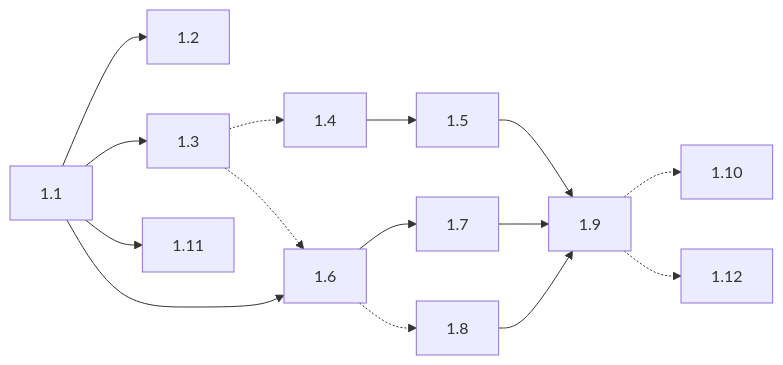
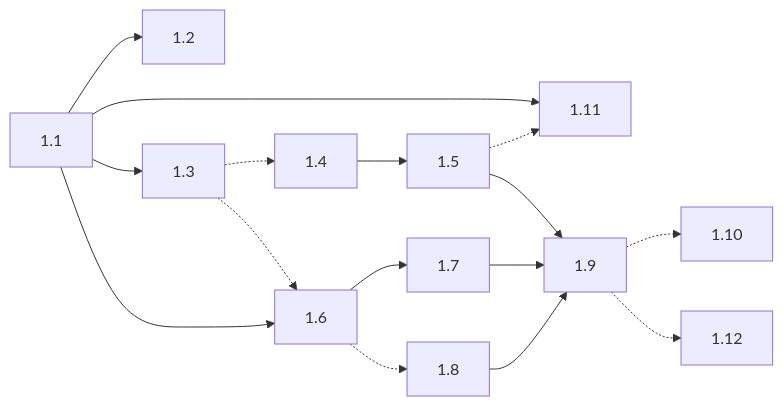
Before and after one commit to AndyGuerin-IBM/fabric-ansible-collection: the diagram in plan/move-ingress/MIGRATION-STEP-1-SUBSTEP-MERGE-CONFLICTS-RISK-ANALYSIS.md, drawn with Mermaid. The commit also changed other lines of this file and 5 other files, not shown here.

````diff
--- a/plan/move-ingress/MIGRATION-STEP-1-SUBSTEP-MERGE-CONFLICTS-RISK-ANALYSIS.md
+++ b/plan/move-ingress/MIGRATION-STEP-1-SUBSTEP-MERGE-CONFLICTS-RISK-ANALYSIS.md
@@ -65,17 +65,18 @@
 ```mermaid
 flowchart LR
   s1["1.1"] --> s2["1.2"]
   s1 --> s3["1.3"]
   s1 --> s11["1.11"]
+  s5 -.-> s11
   s3 -.-> s4["1.4"]
   s4 --> s5["1.5"]
   s3 -.-> s6["1.6"]
   s1 --> s6
   s6 --> s7["1.7"]
   s6 -.-> s8["1.8"]
   s5 --> s9["1.9"]
   s7 --> s9
   s8 --> s9
   s9 -.-> s10["1.10"]
   s9 -.-> s12["1.12"]
 ```
````
